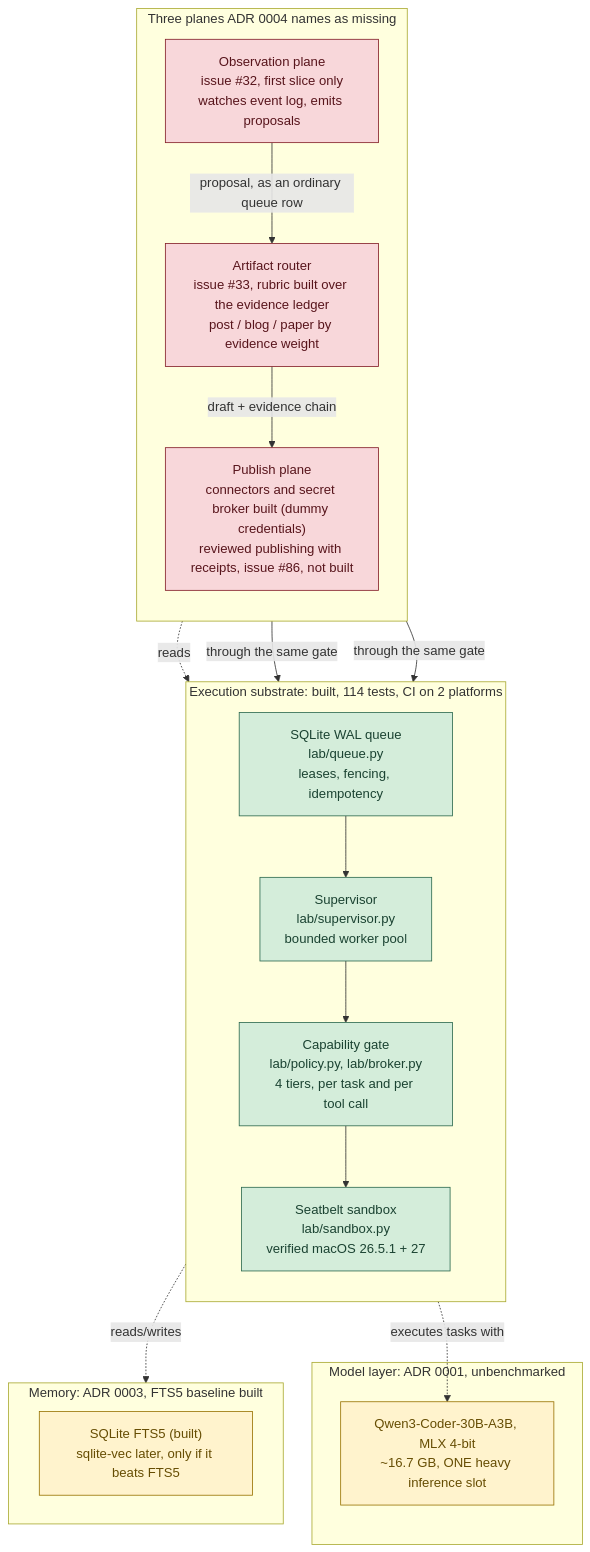
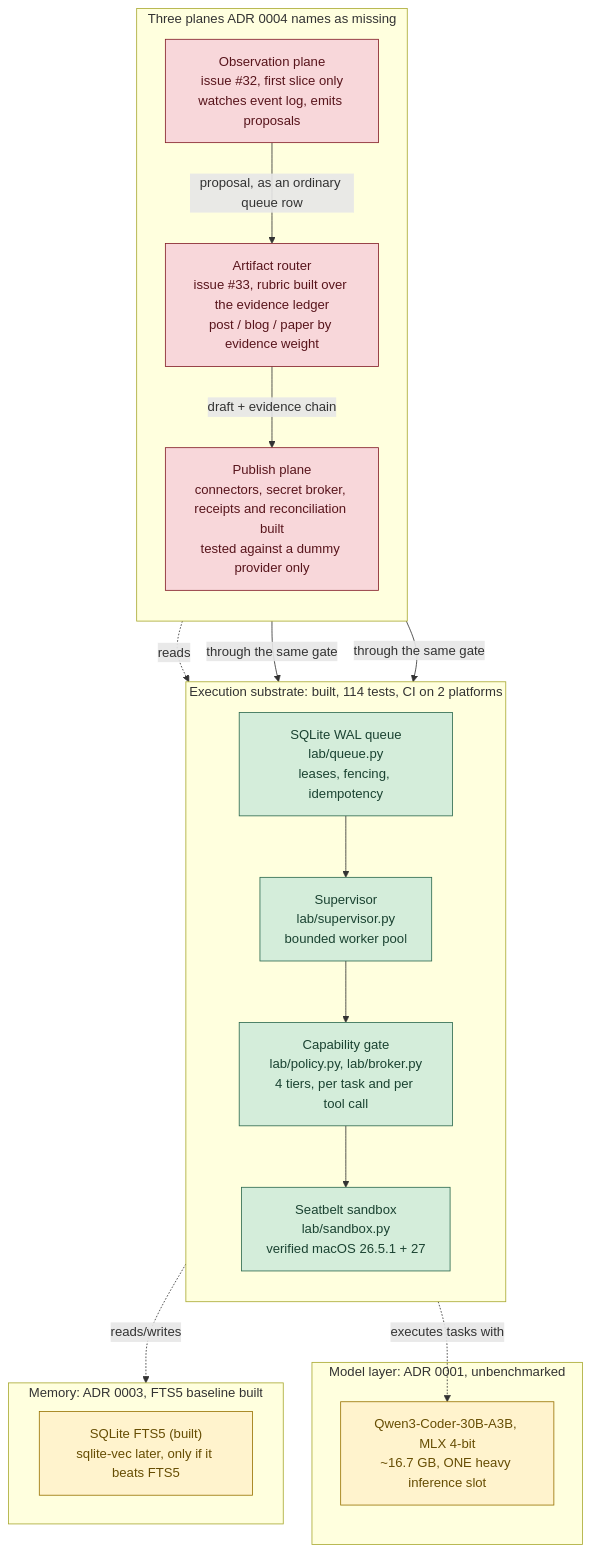
The diagram in docs/ARCHITECTURE.md (roshanaryal1/home-lab), drawn with Mermaid before and after one commit. The commit also changed other lines of this file and 15 other files, not shown here.

Commit message:
feat: reviewed publishing with receipts and reconciliation (8.6); fix network tools on the async path

````diff
--- a/docs/ARCHITECTURE.md
+++ b/docs/ARCHITECTURE.md
@@ -16,41 +16,41 @@
 ```mermaid
 flowchart TB
     subgraph substrate["Execution substrate: built, 114 tests, CI on 2 platforms"]
         direction TB
         queue["SQLite WAL queue<br/>lab/queue.py<br/>leases, fencing, idempotency"]
         supervisor["Supervisor<br/>lab/supervisor.py<br/>bounded worker pool"]
         gate["Capability gate<br/>lab/policy.py, lab/broker.py<br/>4 tiers, per task and per tool call"]
         sandbox["Seatbelt sandbox<br/>lab/sandbox.py<br/>verified macOS 26.5.1 + 27"]
         queue --> supervisor --> gate --> sandbox
     end
 
     subgraph model["Model layer: ADR 0001, unbenchmarked"]
         heavy["Qwen3-Coder-30B-A3B, MLX 4-bit<br/>~16.7 GB, ONE heavy inference slot"]
     end
 
     subgraph memory["Memory: ADR 0003, FTS5 baseline built"]
         mem["SQLite FTS5 (built)<br/>sqlite-vec later, only if it beats FTS5"]
     end
 
     subgraph planes["Three planes ADR 0004 names as missing"]
         direction TB
         obs["Observation plane<br/>issue #32, first slice only<br/>watches event log, emits proposals"]
         router["Artifact router<br/>issue #33, rubric built over the evidence ledger<br/>post / blog / paper by evidence weight"]
-        publish["Publish plane<br/>connectors and secret broker built (dummy credentials)<br/>reviewed publishing with receipts, issue #86, not built"]
+        publish["Publish plane<br/>connectors, secret broker, receipts and reconciliation built<br/>tested against a dummy provider only"]
         obs -->|"proposal, as an ordinary queue row"| router
         router -->|"draft + evidence chain"| publish
     end
 
     supervisor -.->|"executes tasks with"| heavy
     supervisor -.->|"reads/writes"| memory
     obs -.->|"reads"| queue
     router -->|"through the same gate"| gate
     publish -->|"through the same gate"| gate
 
     classDef built fill:#d4edda,stroke:#2d6a4f,color:#1b4332
     classDef missing fill:#f8d7da,stroke:#842029,color:#58151c
     classDef designonly fill:#fff3cd,stroke:#997404,color:#664d03
     class queue,supervisor,gate,sandbox built
     class obs,router,publish missing
     class heavy,mem designonly
 ```
````
